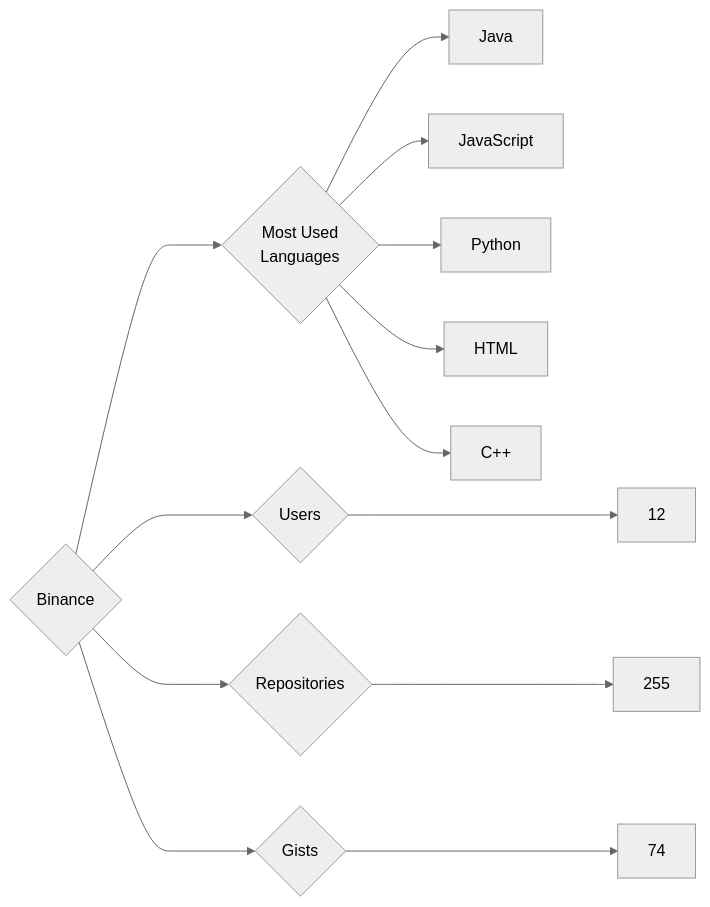
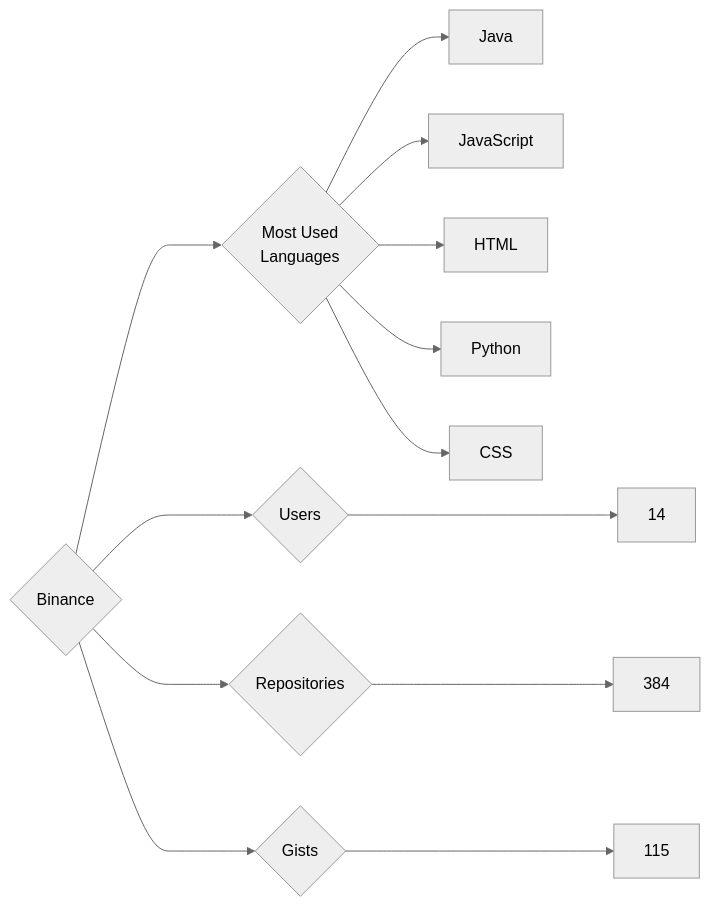
The diagram in targets/Binance/README.md (trickest/insiders), drawn with Mermaid (neutral theme) before and after one commit. The commit also changed 633 other files, not shown here.

````diff
--- a/targets/Binance/README.md
+++ b/targets/Binance/README.md
@@ -3,13 +3,13 @@
 ```mermaid
 graph LR
 COMPANY_NAME{Binance}
-COMPANY_NAME ---> U{Users} ---> UN[12]
-COMPANY_NAME ---> R{Repositories} ---> RN[255]
-COMPANY_NAME ---> G{Gists} ---> GN[74]
+COMPANY_NAME ---> U{Users} ---> UN[14]
+COMPANY_NAME ---> R{Repositories} ---> RN[384]
+COMPANY_NAME ---> G{Gists} ---> GN[115]
 COMPANY_NAME ---> ML{Most Used<br>Languages}
 ML --> Java[Java]
 ML --> JavaScript[JavaScript]
+ML --> HTML[HTML]
 ML --> Python[Python]
-ML --> HTML[HTML]
-ML --> C++[C++]
+ML --> CSS[CSS]
 ```
````
